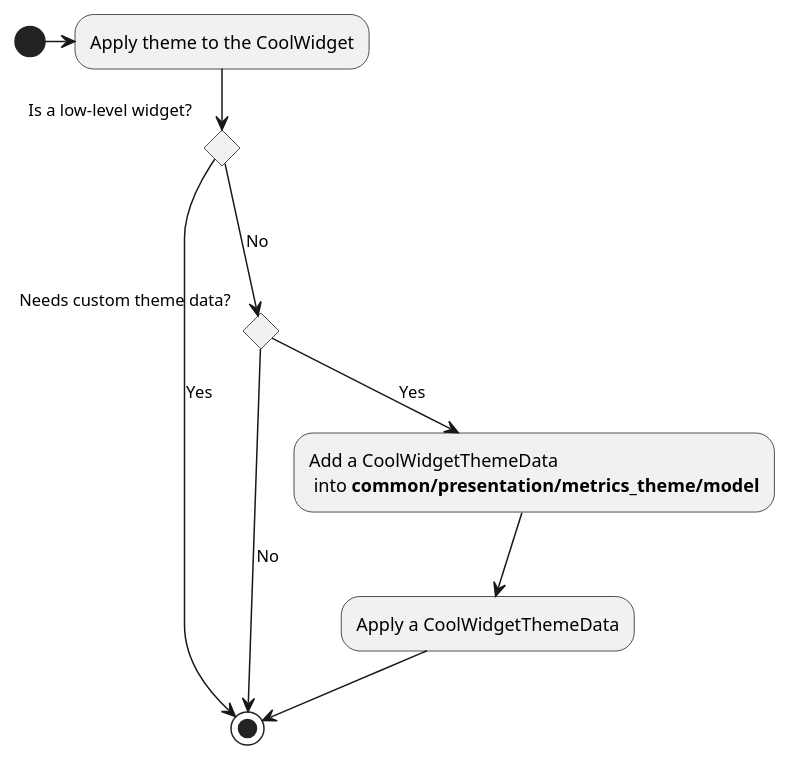
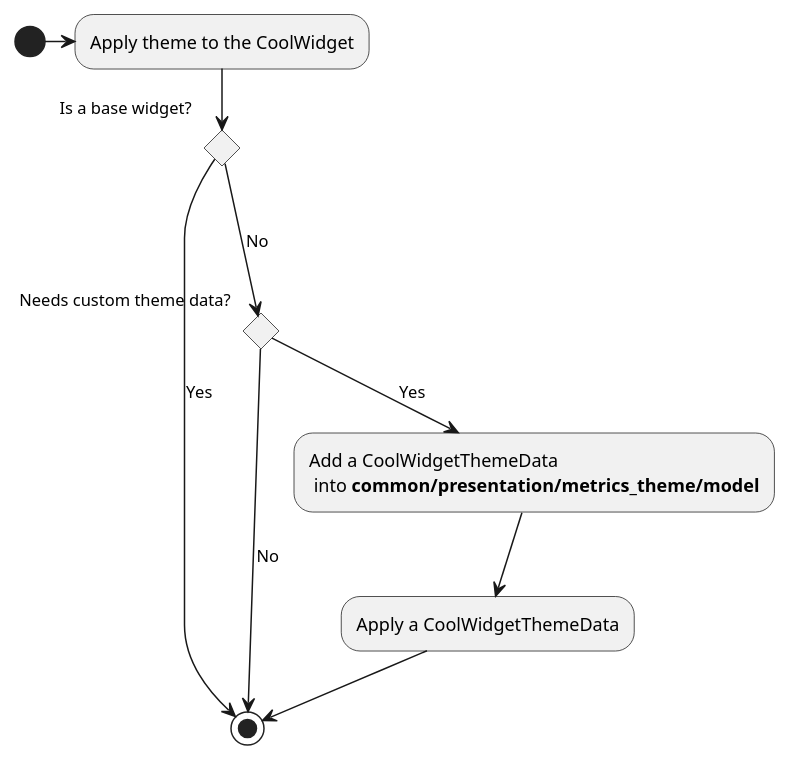
Before and after one commit to Flank/flank-dashboard: the diagram in metrics/web/docs/diagrams/apply_widget_theme_diagram.puml, drawn with PlantUML. The commit also changed 9 other files, not shown here.

Commit message:
Improve metrics web app architecture

```diff
--- a/metrics/web/docs/diagrams/apply_widget_theme_diagram.puml
+++ b/metrics/web/docs/diagrams/apply_widget_theme_diagram.puml
@@ -1,13 +1,13 @@
 @startuml apply_widget_theme_diagram
 (*) -> Apply theme to the CoolWidget
-if Is a low-level widget? then
+if Is a base widget? then
 --> [Yes] (*)
 else
 ---> [No] if Needs custom theme data? then
 --> [Yes] Add a CoolWidgetThemeData \n into **common/presentation/metrics_theme/model**
 --> Apply a CoolWidgetThemeData
 --> (*)
 else
 --> [No] (*)
 endif
 @enduml
```
